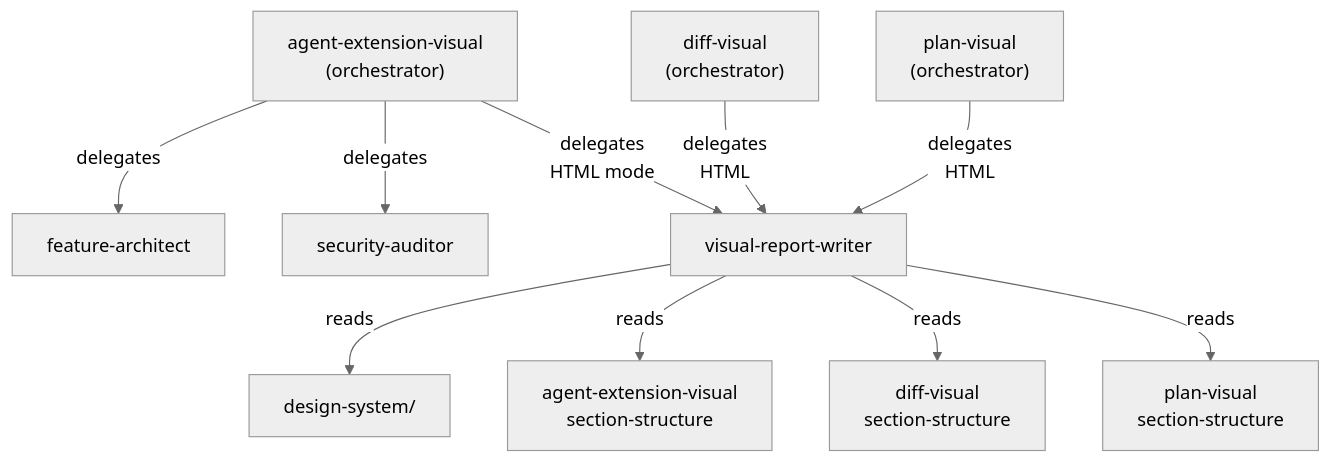
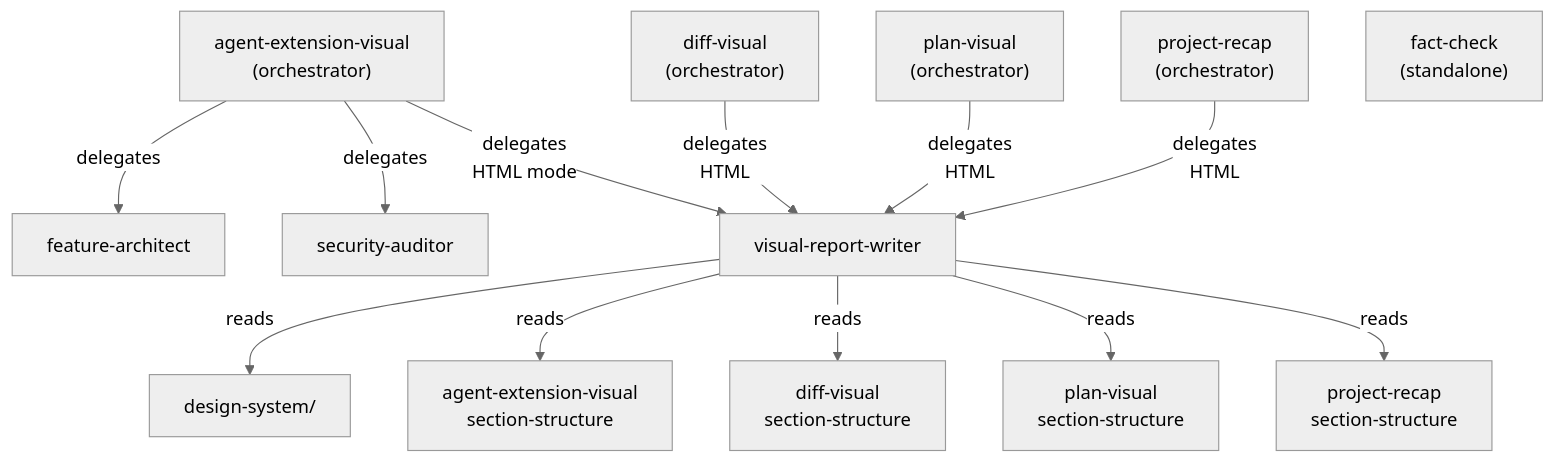
The diagram in plugins/vision-powers/README.md (LeeJuOh/claude-code-zero), drawn with Mermaid (neutral theme) before and after one commit. The commit also changed other lines of this file and 5 other files, not shown here.

First line of the commit message:
feat(vision-powers): add project-recap and fact-check skills

````diff
--- a/plugins/vision-powers/README.md
+++ b/plugins/vision-powers/README.md
@@ -48,14 +69,18 @@
 ```mermaid
 graph TD
     S1["agent-extension-visual<br/>(orchestrator)"] -->|delegates| A1["feature-architect"]
     S1 -->|delegates| A2["security-auditor"]
     S1 -->|delegates<br/>HTML mode| A4["visual-report-writer"]
 
     S2["diff-visual<br/>(orchestrator)"] -->|delegates<br/>HTML| A4
     S3["plan-visual<br/>(orchestrator)"] -->|delegates<br/>HTML| A4
+    S4["project-recap<br/>(orchestrator)"] -->|delegates<br/>HTML| A4
+
+    S5["fact-check<br/>(standalone)"]
 
     A4 -->|reads| DS["design-system/"]
     A4 -->|reads| SS1["agent-extension-visual<br/>section-structure"]
     A4 -->|reads| SS2["diff-visual<br/>section-structure"]
     A4 -->|reads| SS3["plan-visual<br/>section-structure"]
+    A4 -->|reads| SS4["project-recap<br/>section-structure"]
 ```
````
